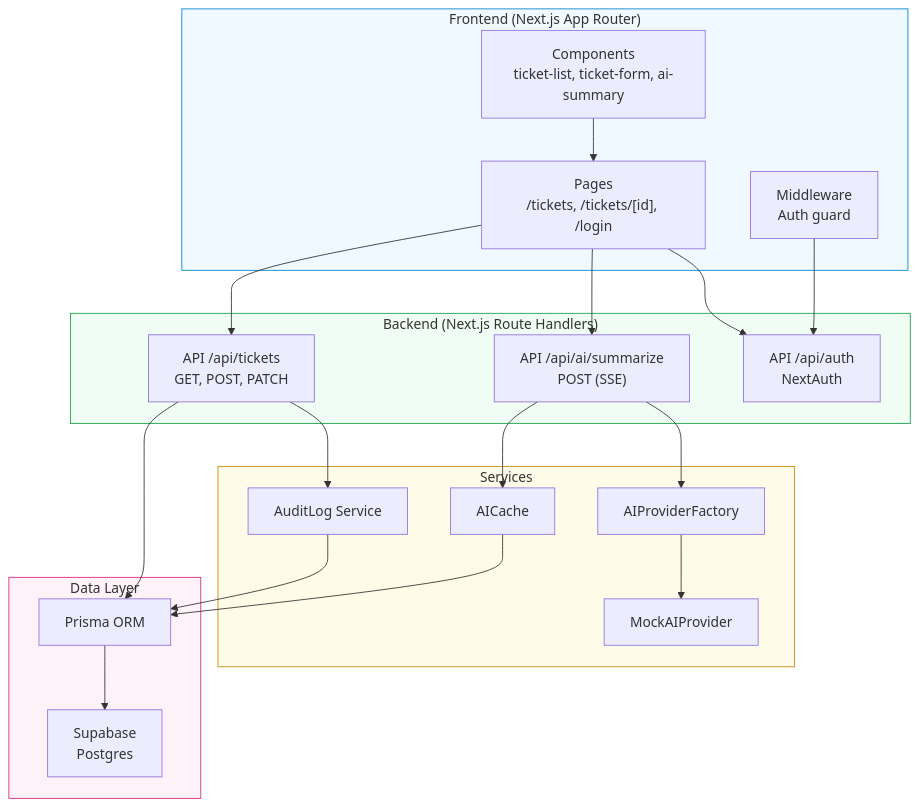
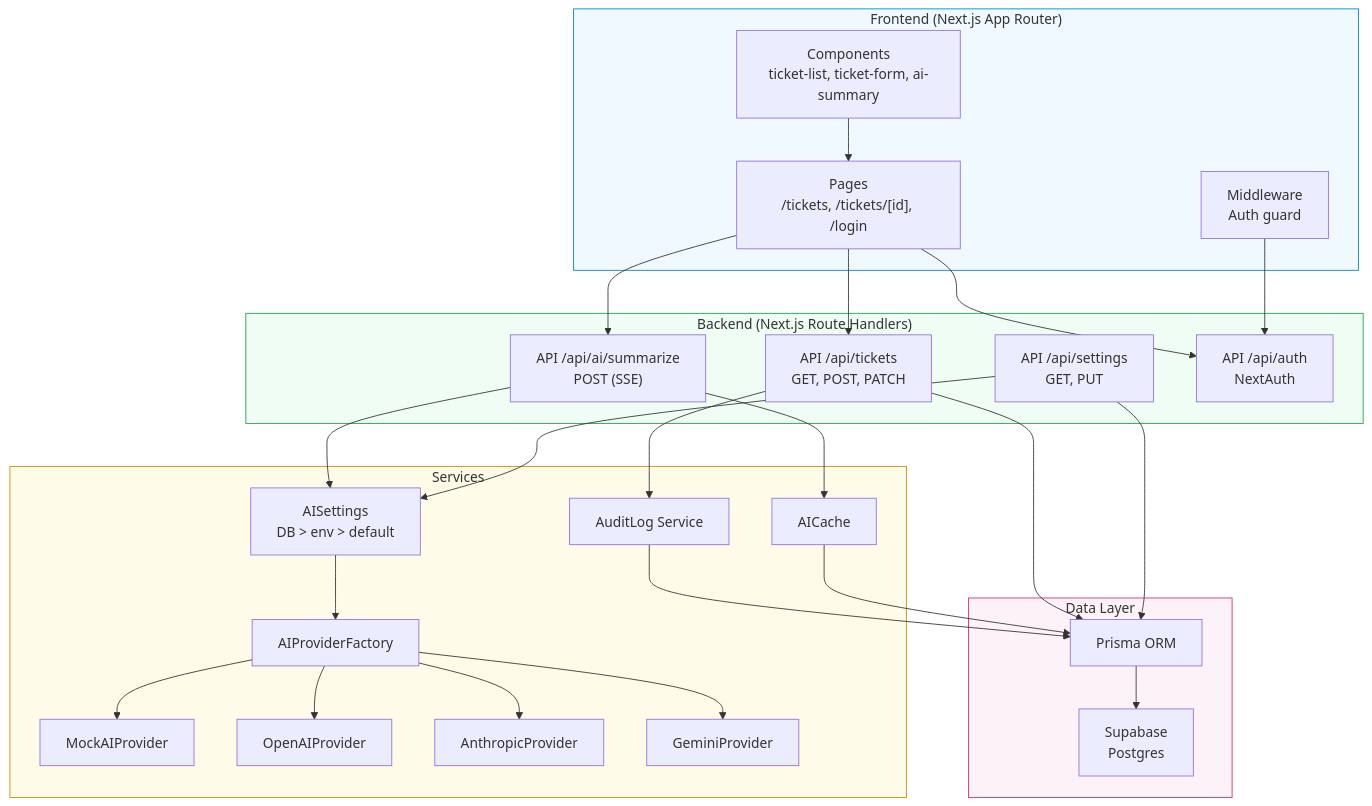
The diagram in docs/ARCHITECTURE.md (PabloFBDev/Adapt-Technical-test), drawn with Mermaid before and after one commit. The commit also changed other lines of this file and 22 other files, not shown here.

First line of the commit message:
feat: adds configurable multi-provider AI settings panel

````diff
--- a/docs/ARCHITECTURE.md
+++ b/docs/ARCHITECTURE.md
@@ -516,47 +584,58 @@
 ```mermaid
 graph TB
     subgraph Client ["Frontend (Next.js App Router)"]
         Pages["Pages<br/>/tickets, /tickets/[id], /login"]
         Components["Components<br/>ticket-list, ticket-form, ai-summary"]
         Middleware["Middleware<br/>Auth guard"]
     end
 
     subgraph Server ["Backend (Next.js Route Handlers)"]
         API_Tickets["API /api/tickets<br/>GET, POST, PATCH"]
         API_AI["API /api/ai/summarize<br/>POST (SSE)"]
+        API_Settings["API /api/settings<br/>GET, PUT"]
         API_Auth["API /api/auth<br/>NextAuth"]
     end
 
     subgraph Services ["Services"]
+        AISettings["AISettings<br/>DB > env > default"]
         AIFactory["AIProviderFactory"]
         MockAI["MockAIProvider"]
+        OpenAI["OpenAIProvider"]
+        Anthropic["AnthropicProvider"]
+        Gemini["GeminiProvider"]
         Cache["AICache"]
         Audit["AuditLog Service"]
     end
 
     subgraph Data ["Data Layer"]
         Prisma["Prisma ORM"]
         Supabase["Supabase<br/>Postgres"]
     end
 
     Pages --> API_Tickets
     Pages --> API_AI
     Pages --> API_Auth
     Components --> Pages
 
     API_Tickets --> Prisma
     API_Tickets --> Audit
-    API_AI --> AIFactory
+    API_AI --> AISettings
     API_AI --> Cache
+    API_Settings --> AISettings
+    API_Settings --> Prisma
+    AISettings --> AIFactory
     AIFactory --> MockAI
+    AIFactory --> OpenAI
+    AIFactory --> Anthropic
+    AIFactory --> Gemini
     Audit --> Prisma
     Cache --> Prisma
     Prisma --> Supabase
 
     Middleware --> API_Auth
 
     style Client fill:#f0f9ff,stroke:#0284c7
     style Server fill:#f0fdf4,stroke:#16a34a
     style Services fill:#fefce8,stroke:#ca8a04
     style Data fill:#fdf2f8,stroke:#db2777
 ```
````
